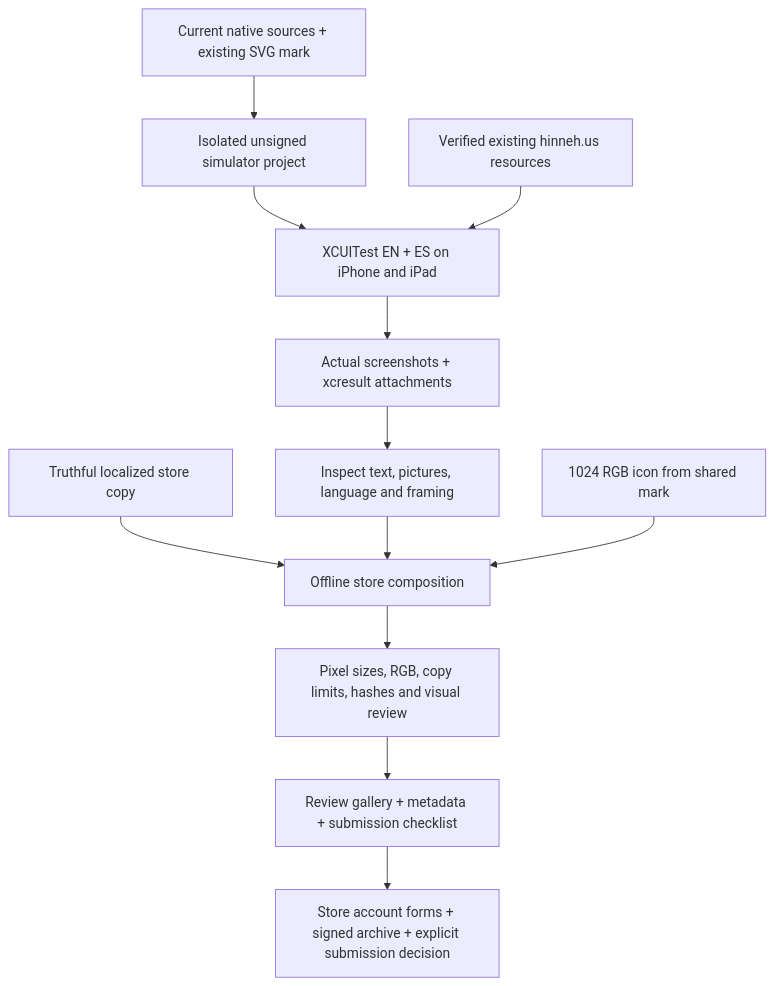
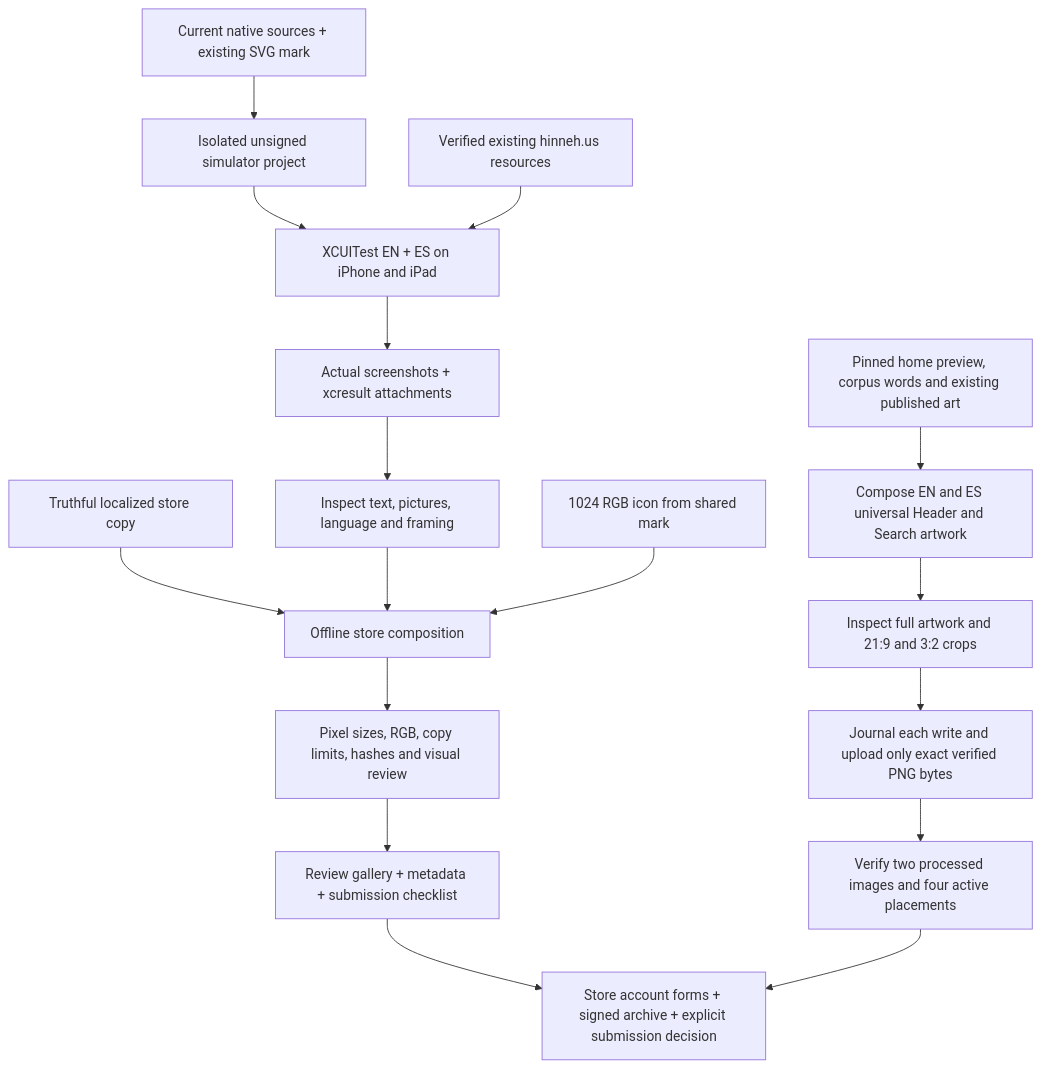
The diagram in spec-chirho/workflows-chirho/native-chirho/store-assets-chirho.md (loveJesus/visual-biblical-language-reader-chirho), drawn with Mermaid before and after one commit. The commit also changed other lines of this file and 12 other files, not shown here.

Commit message:
Prepare store creative assets and policy-linked iOS build chirho

````diff
--- a/spec-chirho/workflows-chirho/native-chirho/store-assets-chirho.md
+++ b/spec-chirho/workflows-chirho/native-chirho/store-assets-chirho.md
@@ -5,14 +5,19 @@
 ```mermaid
 flowchart TD
   source_chirho[Current native sources + existing SVG mark] --> snapshot_chirho[Isolated unsigned simulator project]
   snapshot_chirho --> capture_chirho[XCUITest EN + ES on iPhone and iPad]
   hosted_chirho[Verified existing hinneh.us resources] --> capture_chirho
   capture_chirho --> raw_chirho[Actual screenshots + xcresult attachments]
   raw_chirho --> inspect_chirho[Inspect text, pictures, language and framing]
   copy_chirho[Truthful localized store copy] --> render_chirho[Offline store composition]
   inspect_chirho --> render_chirho
   mark_chirho[1024 RGB icon from shared mark] --> render_chirho
   render_chirho --> validate_chirho[Pixel sizes, RGB, copy limits, hashes and visual review]
   validate_chirho --> package_chirho[Review gallery + metadata + submission checklist]
   package_chirho --> owner_chirho[Store account forms + signed archive + explicit submission decision]
+  preview_chirho[Pinned home preview, corpus words and existing published art] --> creative_chirho[Compose EN and ES universal Header and Search artwork]
+  creative_chirho --> crop_chirho[Inspect full artwork and 21:9 and 3:2 crops]
+  crop_chirho --> safe_upload_chirho[Journal each write and upload only exact verified PNG bytes]
+  safe_upload_chirho --> placed_chirho[Verify two processed images and four active placements]
+  placed_chirho --> owner_chirho
 ```
````
